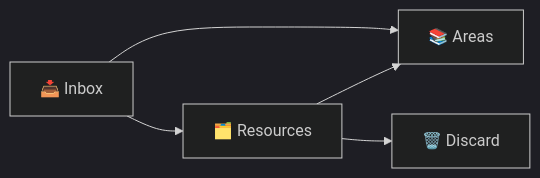
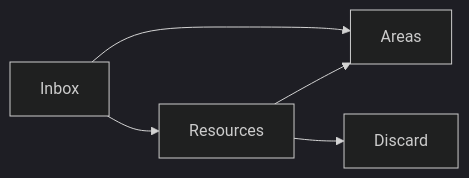
Before and after one commit to le4ker/blog: the first of 2 diagrams in _posts/2026-05-30-mneme.md, drawn with Mermaid (dark theme). The commit also changed other lines of this file, not shown here.

````diff
--- a/_posts/2026-05-30-mneme.md
+++ b/_posts/2026-05-30-mneme.md
@@ -70,7 +54,7 @@
 ```mermaid!
 flowchart LR
-  inbox["📥 Inbox"] --> areas["📚 Areas"]
-  inbox --> resources["🗂️ Resources"]
+  inbox["Inbox"] --> areas["Areas"]
+  inbox --> resources["Resources"]
   resources --> areas
-  resources --> discard["🗑️ Discard"]
+  resources --> discard["Discard"]
 ```
````
